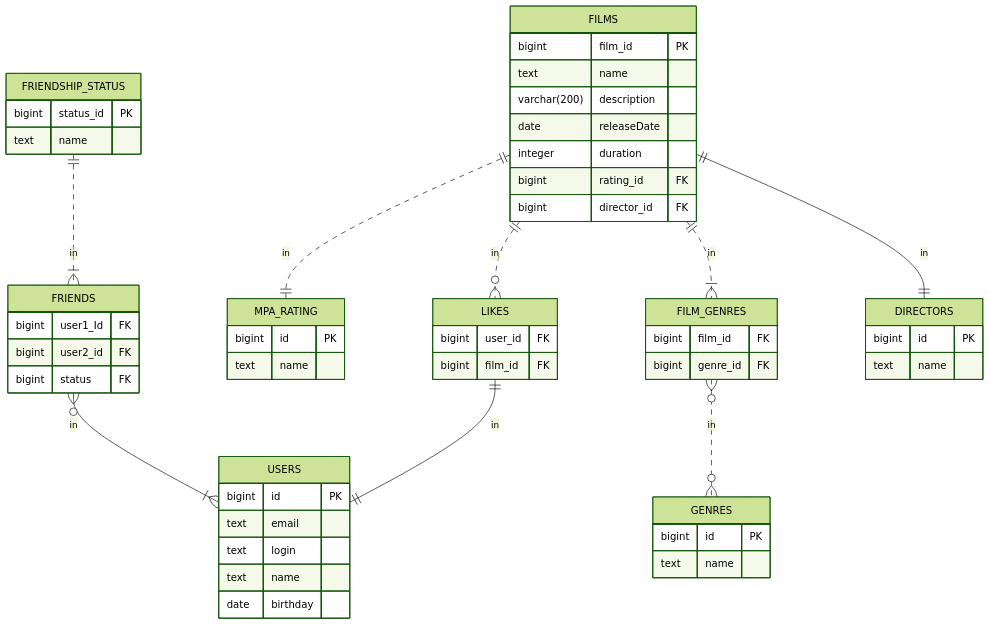
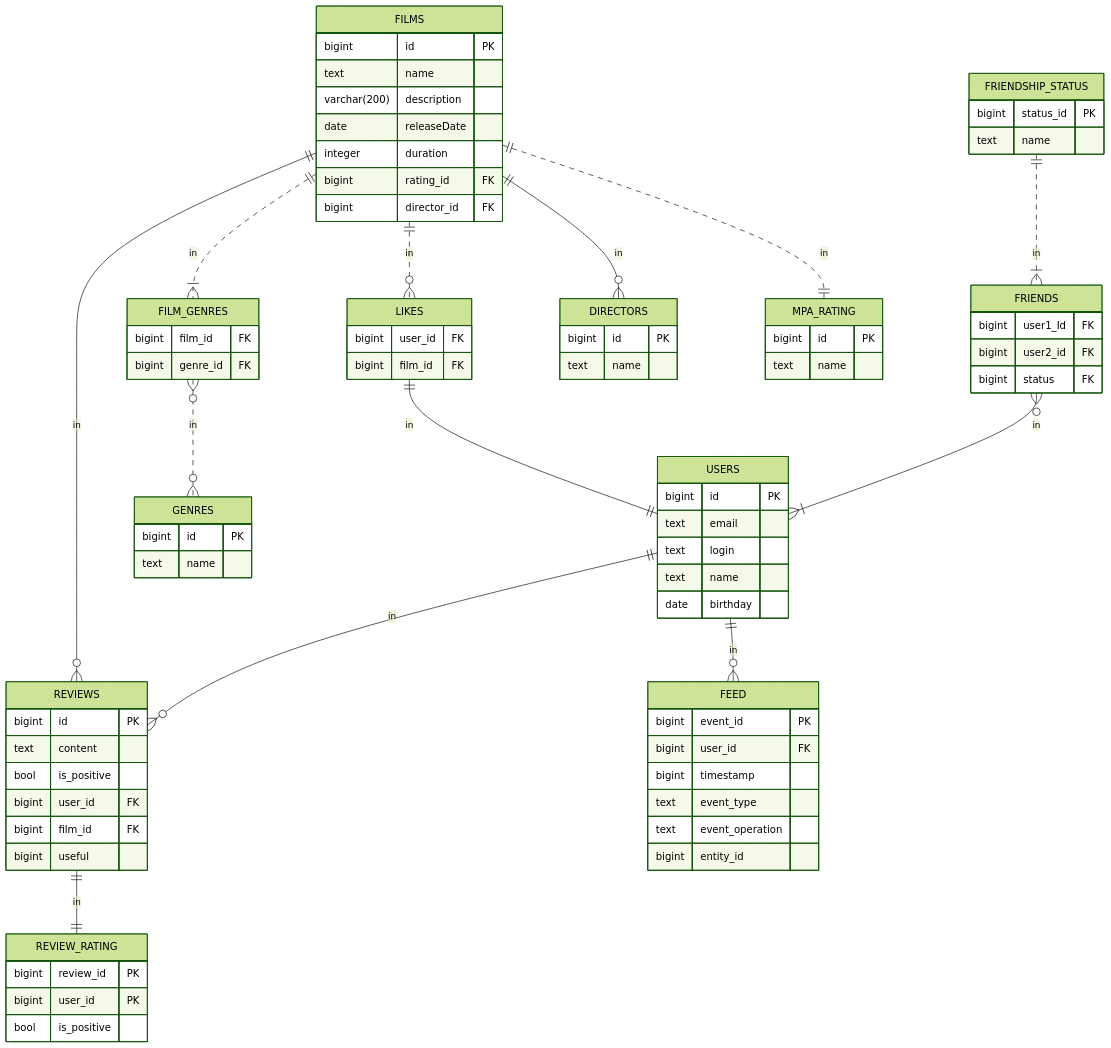
One commit to NorthenGirl/java-filmorate changed the diagram in README.md. Above: the diagram before and after it, drawn with Mermaid (forest theme). The commit also changed 62 other files, not shown here.

````diff
--- a/README.md
+++ b/README.md
@@ -4,13 +4,33 @@
 ```mermaid
 erDiagram
+    REVIEWS {
+        bigint id PK
+        text content
+        bool is_positive
+        bigint user_id FK
+        bigint film_id FK
+        bigint useful
+    }
+    
+    REVIEW_RATING {
+        bigint review_id PK
+        bigint user_id PK
+        bool is_positive
+    }
+    
     FILMS {
-        bigint film_id PK
+        bigint id PK
         text name
         varchar(200) description
         date releaseDate
         integer duration
         bigint rating_id FK
         bigint director_id FK
+    }
+
+    LIKES {
+        bigint user_id FK
+        bigint film_id FK
     }
     
     USERS {
@@ -21,36 +41,42 @@
         date birthday
     }
     
-    LIKES {
+    FRIENDS {
+        bigint user1_Id FK
+        bigint user2_id FK
+        bigint status FK 
+    }
+
+    FRIENDSHIP_STATUS {
+        bigint status_id PK
+        text name
+    }
+
+    FEED {
+        bigint event_id PK
         bigint user_id FK
-        bigint film_id FK
+        bigint timestamp
+        text event_type
+        text event_operation
+        bigint entity_id
     }
-    
+
     GENRES {
         bigint id PK
         text name
     }
-    MPA_RATING {
-        bigint id PK
-        text name
-    }
-   
-    FRIENDS {
-        bigint user1_Id FK
-        bigint user2_id FK
-        bigint status FK
-        
-    }
-    FRIENDSHIP_STATUS {
-        bigint status_id PK
-        text name
-    }
+
     FILM_GENRES {
         bigint film_id FK
         bigint genre_id FK
     }
     
-    DIRECTORS{
+    DIRECTORS {
+        bigint id PK
+        text name
+    }
+
+    MPA_RATING {
         bigint id PK
         text name
     }
@@ -62,5 +88,9 @@
     FRIENDSHIP_STATUS || .. |{ FRIENDS: in
     FILMS || .. |{ FILM_GENRES: in
     FILM_GENRES }o .. o{ GENRES: in
-    FILMS || -- || DIRECTORS: in
+    FILMS || -- o{  DIRECTORS: in
+    FILMS || -- o{ REVIEWS: in
+    USERS || -- o{ REVIEWS: in
+    REVIEWS || -- || REVIEW_RATING: in
+    USERS || -- o{ FEED: in
 ```
````
